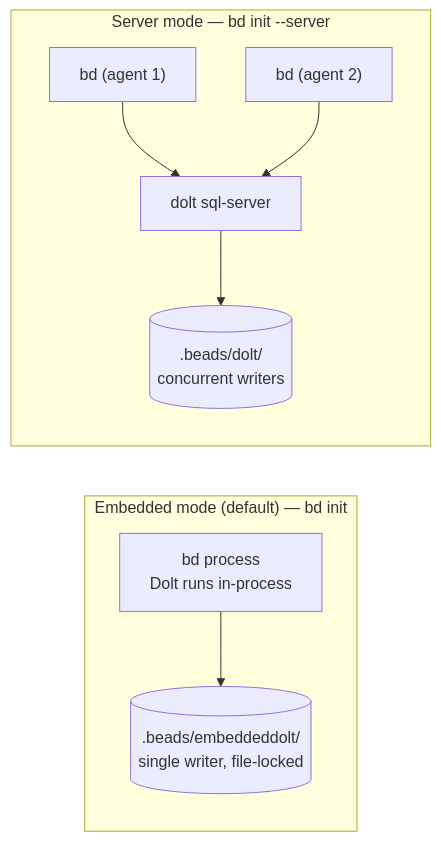
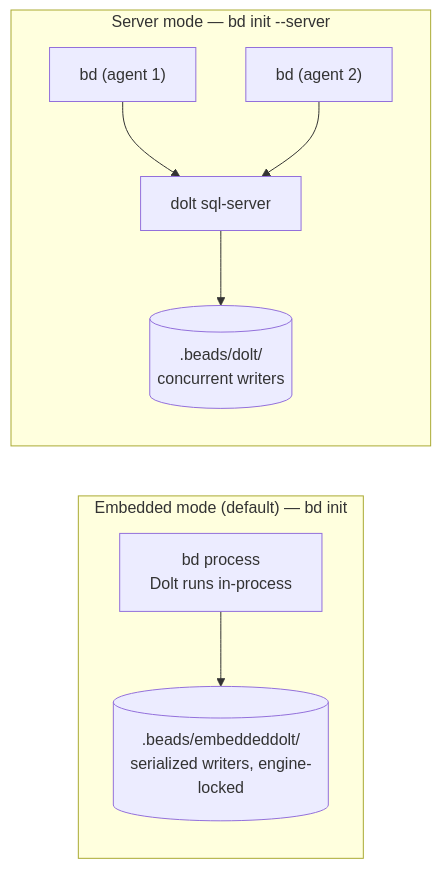
One commit to gastownhall/beads changed the diagram in docs/architecture/dolt.md. Above: the diagram before and after it, drawn with Mermaid. The commit also changed other lines of this file and 2 other files, not shown here.

First line of the commit message:
docs(dolt): correct embedded mode's multiprocess story (GH#4767)

````diff
--- a/docs/architecture/dolt.md
+++ b/docs/architecture/dolt.md
@@ -281,11 +281,11 @@
 ```mermaid
 flowchart LR
     subgraph embedded["Embedded mode (default) — bd init"]
-        bd1["bd process<br/>Dolt runs in-process"] --> d1[(".beads/embeddeddolt/<br/>single writer, file-locked")]
+        bd1["bd process<br/>Dolt runs in-process"] --> d1[(".beads/embeddeddolt/<br/>serialized writers, engine-locked")]
     end
     subgraph server["Server mode — bd init --server"]
         bd2["bd (agent 1)"] --> srv["dolt sql-server"]
         bd3["bd (agent 2)"] --> srv
         srv --> d2[(".beads/dolt/<br/>concurrent writers")]
     end
 ```
````
